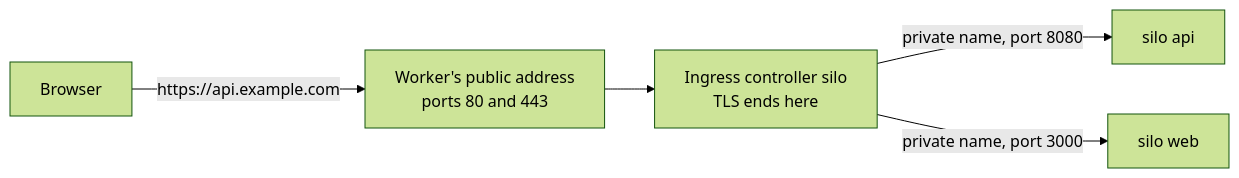
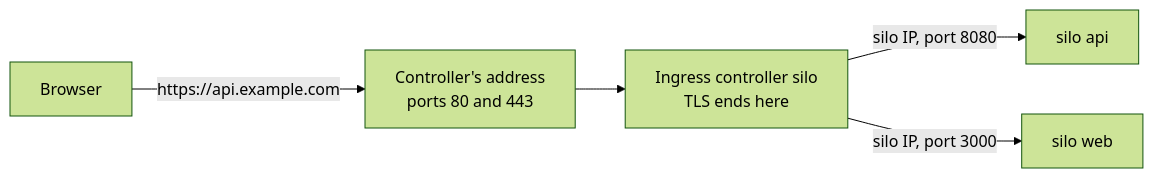
Before and after one commit to dlebee/kevaso-docs: the diagram in ingress.md, drawn with Mermaid (forest theme). The commit also changed other lines of this file, not shown here.

````diff
--- a/ingress.md
+++ b/ingress.md
@@ -11,7 +11,7 @@
 ```mermaid
 flowchart LR
-  user["Browser"] -->|"https://api.example.com"| host["Worker's public address<br/>ports 80 and 443"]
+  user["Browser"] -->|"https://api.example.com"| host["Controller's address<br/>ports 80 and 443"]
   host --> ic["Ingress controller silo<br/>TLS ends here"]
-  ic -->|"private name, port 8080"| api["silo api"]
-  ic -->|"private name, port 3000"| web["silo web"]
+  ic -->|"silo IP, port 8080"| api["silo api"]
+  ic -->|"silo IP, port 3000"| web["silo web"]
 ```
````
